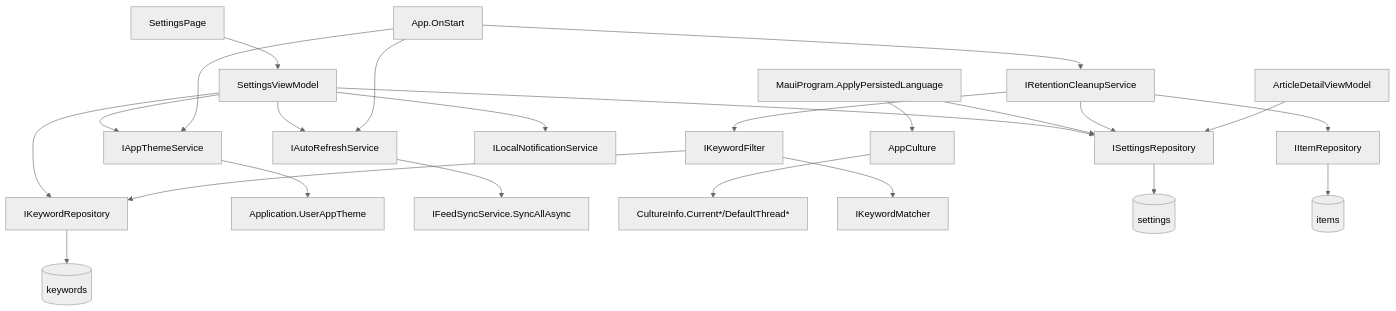
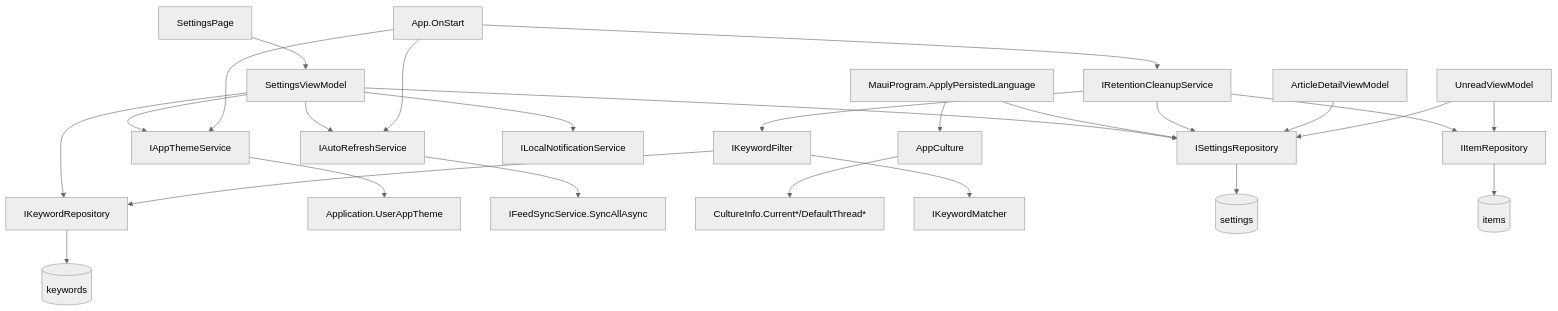
One commit to martin-stromberg/Reporter changed the diagram in docs/help/einstellungen/architektur.md. Above: the diagram before and after it, drawn with Mermaid (neutral theme). The commit also changed other lines of this file and 112 other files, not shown here.

````diff
--- a/docs/help/einstellungen/architektur.md
+++ b/docs/help/einstellungen/architektur.md
@@ -39,26 +41,28 @@
 ```mermaid
 graph TD
     SP[SettingsPage] --> SVM[SettingsViewModel]
     SVM --> SR[ISettingsRepository]
     SVM --> KR[IKeywordRepository]
     SVM --> ARS[IAutoRefreshService]
     SVM --> ATS[IAppThemeService]
     SVM --> LNS[ILocalNotificationService]
     ATS --> APP[Application.UserAppTheme]
     ARS --> FSS[IFeedSyncService.SyncAllAsync]
     APP2[App.OnStart] --> RCS[IRetentionCleanupService]
     APP2 --> ATS
     APP2 --> ARS
     MP[MauiProgram.ApplyPersistedLanguage] --> SR
     MP --> AC[AppCulture]
     AC --> CI[CultureInfo.Current*/DefaultThread*]
     RCS --> SR
     RCS --> KF[IKeywordFilter]
     RCS --> IR[IItemRepository]
     KF --> KR
     KF --> KM[IKeywordMatcher]
     SR --> DB[(settings)]
     KR --> DB2[(keywords)]
     IR --> DB3[(items)]
     ADV[ArticleDetailViewModel] --> SR
+    UVM[UnreadViewModel] --> SR
+    UVM --> IR
 ```
````
